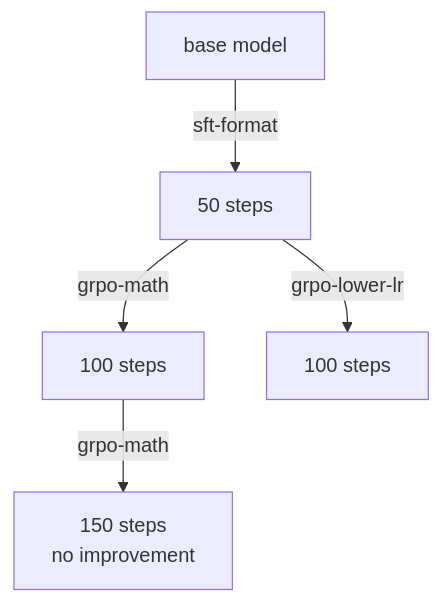
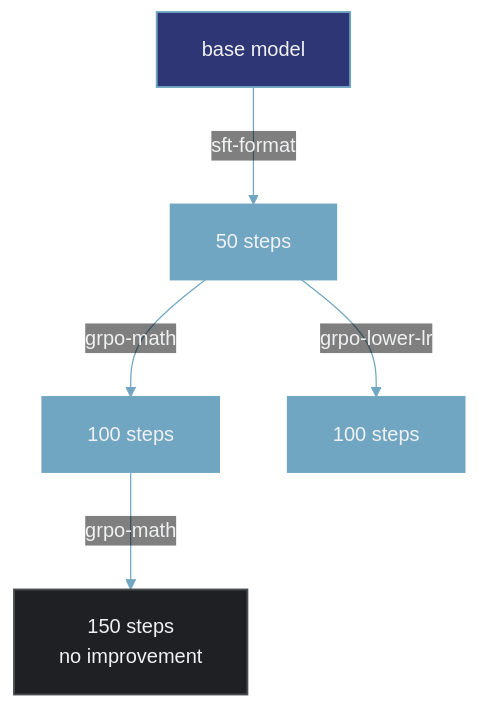
One commit to Monte-Inc/internal-monte-platform-docs changed the second of 2 diagrams in concepts/improvement.mdx. Above: the diagram before and after it, drawn with Mermaid. The commit also changed other lines of this file, not shown here.

Commit message:
The Improvement figures take the Introduction's palette
Both diagrams rendered in mermaid's stock greys while the Introduction's
used Monte's colours, so a reader crossing between the two pages saw the
same objects drawn as different things.

Same palette, same roles: navy for the record and the process, blue for a
model or a Checkpoint, and the dead grey the Introduction gives "Nothing
promoted" now marks the branch that did not improve. The loop figure also
grows — it is the page's opening image and was rendering small enough
that the two subgraph labels did the explaining.

````diff
--- a/concepts/improvement.mdx
+++ b/concepts/improvement.mdx
@@ -55,7 +60,12 @@
 ```mermaid actions={false}
+%%{init: {'theme': 'base', 'themeVariables': {'primaryColor': '#315594', 'primaryTextColor': '#F0F1F2', 'primaryBorderColor': '#315594', 'lineColor': '#70A6C1', 'textColor': '#17181B', 'clusterBkg': 'transparent', 'clusterBorder': '#70A6C1', 'edgeLabelBackground': 'transparent', 'tertiaryColor': '#315594', 'tertiaryTextColor': '#F0F1F2', 'tertiaryBorderColor': '#315594'}, 'flowchart': {'subGraphTitleMargin': {'top': 0, 'bottom': 12}, 'rankSpacing': 70, 'nodeSpacing': 55, 'padding': 18}}}%%
 flowchart TB
-    BASE["base model"] -->|"sft-format"| S["50 steps"]
-    S -->|"grpo-math"| A["100 steps"]
-    A -->|"grpo-math"| B["150 steps<br/>no improvement"]
-    S -->|"grpo-lower-lr"| C["100 steps"]
+    BASE["base model"]:::entry -->|"sft-format"| S["50 steps"]:::model
+    S -->|"grpo-math"| A["100 steps"]:::model
+    A -->|"grpo-math"| B["150 steps<br/>no improvement"]:::none
+    S -->|"grpo-lower-lr"| C["100 steps"]:::model
+
+    classDef entry fill:#2F3675,stroke:#70A6C1,stroke-width:1.5px,color:#F0F1F2;
+    classDef model fill:#70A6C1,stroke:#70A6C1,stroke-width:1.5px,color:#F0F1F2;
+    classDef none fill:#1E2024,stroke:#4A4D50,stroke-width:1.5px,color:#F0F1F2;
 ```
````
